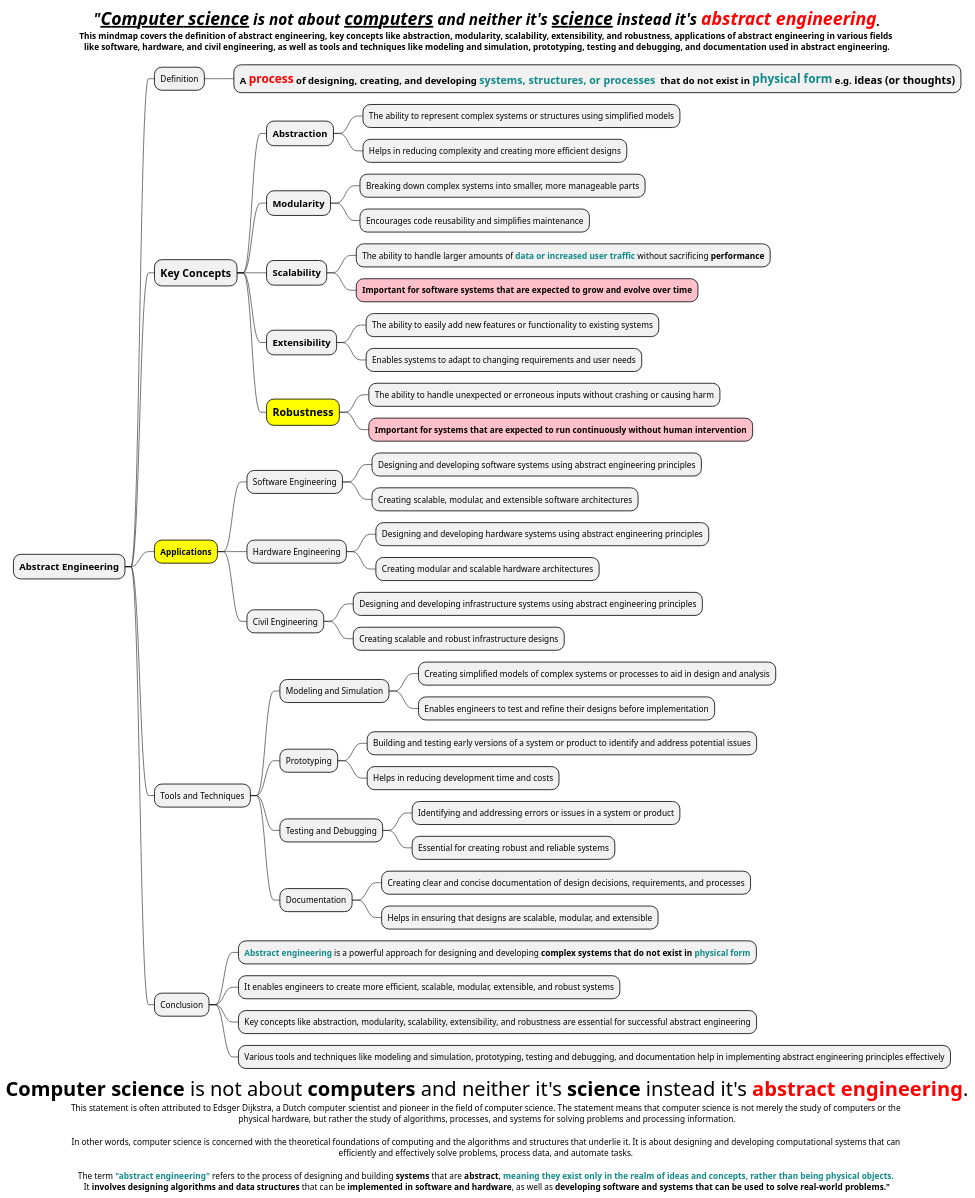
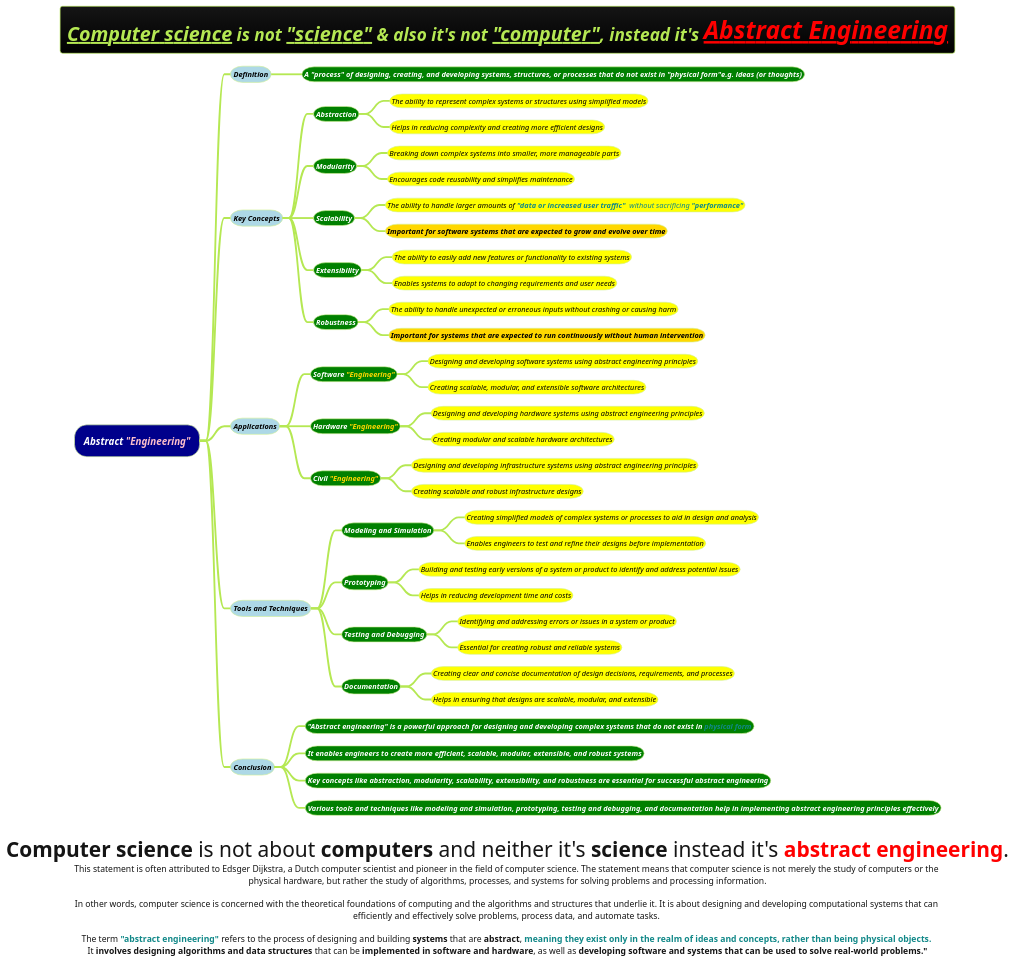
One commit to MehmoodHashmi/Documentation-as-Code-DaC changed the diagram in docs/1-Requirement-Engineering/Abstract-Engineering.puml. Above: the diagram before and after it, drawn with PlantUML. The commit also changed 7 other files, not shown here.

```diff
--- a/docs/1-Requirement-Engineering/Abstract-Engineering.puml
+++ b/docs/1-Requirement-Engineering/Abstract-Engineering.puml
@@ -1,54 +1,54 @@
 @startmindmap
-
-title = //**"__Computer science__ is not about __computers__ and neither it's __science__ instead it's **<color #red>**abstract engineering**</color>.// \nThis mindmap covers the definition of abstract engineering, key concepts like abstraction, modularity, scalability, extensibility, and robustness, applications of abstract engineering in various fields \nlike software, hardware, and civil engineering, as well as tools and techniques like modeling and simulation, prototyping, testing and debugging, and documentation used in abstract engineering.
+title = <i>__Computer science__ is not __"science"__ & also it's not __"computer"__, instead it's <color #red><b><u>Abstract Engineering
 caption <size:34>**Computer science** is not about **computers** and neither it's **science** instead it's <color #red>**abstract engineering**</color>.\nThis statement is often attributed to Edsger Dijkstra, a Dutch computer scientist and pioneer in the field of computer science. The statement means that computer science is not merely the study of computers or the \nphysical hardware, but rather the study of algorithms, processes, and systems for solving problems and processing information.\n\nIn other words, computer science is concerned with the theoretical foundations of computing and the algorithms and structures that underlie it. It is about designing and developing computational systems that can \nefficiently and effectively solve problems, process data, and automate tasks. \n\nThe term <color #118888>**"abstract engineering"**</color> refers to the process of designing and building **systems** that are **abstract**, <color #118888>**meaning they exist only in the realm of ideas and concepts, rather than being physical objects.**</color> \nIt **involves designing algorithms and data structures** that can be **implemented in software and hardware**, as well as **developing software and systems that can be used to solve real-world problems."**
+!theme hacker
 
 
-* ===**Abstract Engineering**
-** Definition
-*** ==A <color #red>**process**</color> of designing, creating, and developing <color #118888>systems, structures, or processes</color>  that do not exist in <color #118888>**physical form**</color> e.g. **ideas (or thoughts)**
-** =Key Concepts
-*** ==Abstraction
-**** The ability to represent complex systems or structures using simplified models
-**** Helps in reducing complexity and creating more efficient designs
-*** ==Modularity
-**** Breaking down complex systems into smaller, more manageable parts
-**** Encourages code reusability and simplifies maintenance
-*** ==Scalability
-**** The ability to handle larger amounts of <color #118888>**data or increased user traffic**</color> without sacrificing **performance**
-****[#pink] **Important for software systems that are expected to grow and evolve over time**
-*** ==Extensibility
-**** The ability to easily add new features or functionality to existing systems
-**** Enables systems to adapt to changing requirements and user needs
-***[#yellow] ==**Robustness**
-**** The ability to handle unexpected or erroneous inputs without crashing or causing harm
-****[#pink] **Important for systems that are expected to run continuously without human intervention**
-**[#yellow] **Applications**
-*** Software Engineering
-**** Designing and developing software systems using abstract engineering principles
-**** Creating scalable, modular, and extensible software architectures
-*** Hardware Engineering
-**** Designing and developing hardware systems using abstract engineering principles
-**** Creating modular and scalable hardware architectures
-*** Civil Engineering
-**** Designing and developing infrastructure systems using abstract engineering principles
-**** Creating scalable and robust infrastructure designs
-** Tools and Techniques
-*** Modeling and Simulation
-**** Creating simplified models of complex systems or processes to aid in design and analysis
-**** Enables engineers to test and refine their designs before implementation
-*** Prototyping
-**** Building and testing early versions of a system or product to identify and address potential issues
-**** Helps in reducing development time and costs
-*** Testing and Debugging
-**** Identifying and addressing errors or issues in a system or product
-**** Essential for creating robust and reliable systems
-*** Documentation
-**** Creating clear and concise documentation of design decisions, requirements, and processes
-**** Helps in ensuring that designs are scalable, modular, and extensible
-** Conclusion
-*** <color #118888>**Abstract engineering**</color> is a powerful approach for designing and developing **complex systems that do not exist in** <color #118888>**physical form**</color>
-*** It enables engineers to create more efficient, scalable, modular, extensible, and robust systems
-*** Key concepts like abstraction, modularity, scalability, extensibility, and robustness are essential for successful abstract engineering
-*** Various tools and techniques like modeling and simulation, prototyping, testing and debugging, and documentation help in implementing abstract engineering principles effectively
+*[#darkblue] <i><color #white>Abstract <color #pink>"Engineering"
+**[#lightblue] <i><color #black><size:12>Definition
+***[#green] <b><i><color #white><size:12>A **"process"** of designing, creating, and developing systems, structures, or processes that do not exist in **"physical form"**e.g. **ideas (or thoughts)**
+**[#lightblue] <i><color #black><size:12>Key Concepts
+***[#green] <b><i><color #white><size:12>Abstraction
+****[#yellow] <i><color #black><size:12>The ability to represent complex systems or structures using simplified models
+****[#yellow] <i><color #black><size:12>Helps in reducing complexity and creating more efficient designs
+***[#green] <b><i><color #white><size:12>Modularity
+****[#yellow] <i><color #black><size:12>Breaking down complex systems into smaller, more manageable parts
+****[#yellow] <i><color #black><size:12>Encourages code reusability and simplifies maintenance
+***[#green] <b><i><color #white><size:12>Scalability
+****[#yellow] <i><color #black><size:12>The ability to handle larger amounts of <color #118888>**"data or increased user traffic"**  without sacrificing **"performance"**
+****[#gold] <i><color #black><size:12><b>Important for software systems that are expected to grow and evolve over time
+***[#green] <b><i><color #white><size:12>Extensibility
+****[#yellow] <i><color #black><size:12>The ability to easily add new features or functionality to existing systems
+****[#yellow] <i><color #black><size:12>Enables systems to adapt to changing requirements and user needs
+***[#green] <b><i><color #white><size:12>Robustness
+****[#yellow] <i><color #black><size:12>The ability to handle unexpected or erroneous inputs without crashing or causing harm
+****[#gold] <i><color #black><size:12><b>Important for systems that are expected to run continuously without human intervention
+**[#lightblue] <i><color #black><size:12>Applications
+***[#green] <b><i><color #white><size:12>Software <color #gold>"Engineering"
+****[#yellow] <i><color #black><size:12>Designing and developing software systems using abstract engineering principles
+****[#yellow] <i><color #black><size:12>Creating scalable, modular, and extensible software architectures
+***[#green] <b><i><color #white><size:12>Hardware <color #gold>"Engineering"
+****[#yellow] <i><color #black><size:12>Designing and developing hardware systems using abstract engineering principles
+****[#yellow] <i><color #black><size:12>Creating modular and scalable hardware architectures
+***[#green] <b><i><color #white><size:12>Civil <color #gold>"Engineering"
+****[#yellow] <i><color #black><size:12>Designing and developing infrastructure systems using abstract engineering principles
+****[#yellow] <i><color #black><size:12>Creating scalable and robust infrastructure designs
+**[#lightblue] <i><color #black><size:12>Tools and Techniques
+***[#green] <b><i><color #white><size:12>Modeling and Simulation
+****[#yellow] <i><color #black><size:12>Creating simplified models of complex systems or processes to aid in design and analysis
+****[#yellow] <i><color #black><size:12>Enables engineers to test and refine their designs before implementation
+***[#green] <b><i><color #white><size:12>Prototyping
+****[#yellow] <i><color #black><size:12>Building and testing early versions of a system or product to identify and address potential issues
+****[#yellow] <i><color #black><size:12>Helps in reducing development time and costs
+***[#green] <b><i><color #white><size:12>Testing and Debugging
+****[#yellow] <i><color #black><size:12>Identifying and addressing errors or issues in a system or product
+****[#yellow] <i><color #black><size:12>Essential for creating robust and reliable systems
+***[#green] <b><i><color #white><size:12>Documentation
+****[#yellow] <i><color #black><size:12>Creating clear and concise documentation of design decisions, requirements, and processes
+****[#yellow] <i><color #black><size:12>Helps in ensuring that designs are scalable, modular, and extensible
+**[#lightblue] <i><color #black><size:12>Conclusion
+***[#green] <b><i><color #white><size:12>**"Abstract engineering"** is a powerful approach for designing and developing **complex systems that do not exist in** <color #118888>**physical form**</color>
+***[#green] <b><i><color #white><size:12>It enables engineers to create more efficient, scalable, modular, extensible, and robust systems
+***[#green] <b><i><color #white><size:12>Key concepts like abstraction, modularity, scalability, extensibility, and robustness are essential for successful abstract engineering
+***[#green] <b><i><color #white><size:12>Various tools and techniques like modeling and simulation, prototyping, testing and debugging, and documentation help in implementing abstract engineering principles effectively
 @endmindmap
```
